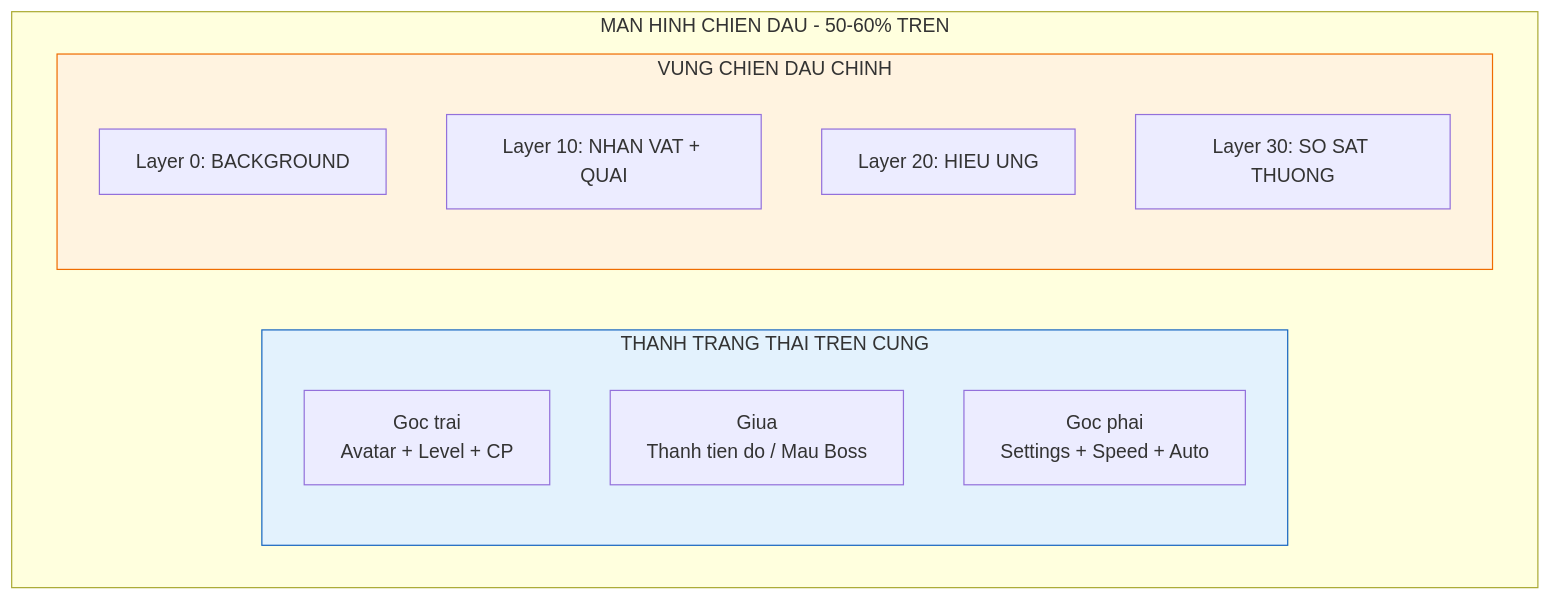
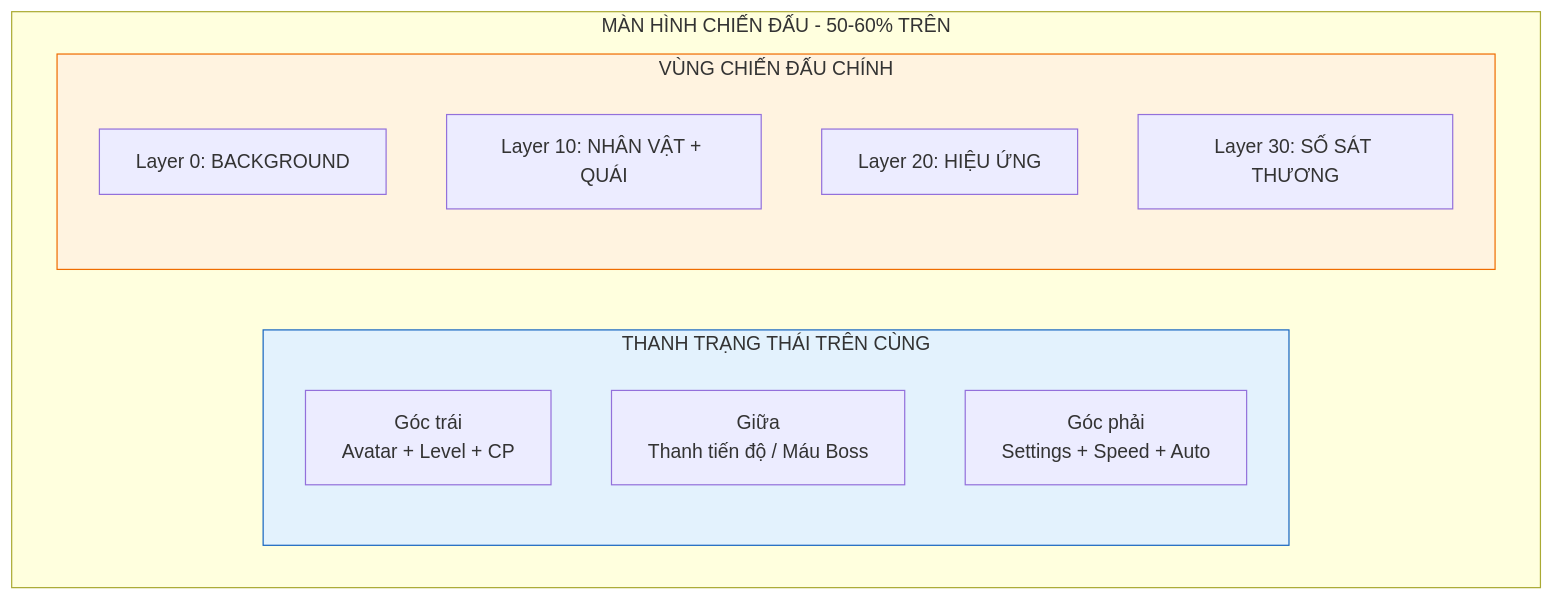
One commit to luantran-working/idlegame-designdocs changed the first of 2 diagrams in docs/chi-tiet-man-hinh-chien-dau.md. Above: the diagram before and after it, drawn with Mermaid. The commit also changed other lines of this file and 16 other files, not shown here.

Commit message:
feat: Introduce extensive game design documentation covering game systems, UI, and roadmap, and enable Mermaid diagram support in Docusaurus.

````diff
--- a/docs/chi-tiet-man-hinh-chien-dau.md
+++ b/docs/chi-tiet-man-hinh-chien-dau.md
@@ -23,20 +23,20 @@
 ```mermaid
 flowchart TB
-    subgraph BattleScreen["MAN HINH CHIEN DAU - 50-60% TREN"]
-        subgraph TopBar["THANH TRANG THAI TREN CUNG"]
-            TL["Goc trai<br/>Avatar + Level + CP"]
-            TC["Giua<br/>Thanh tien do / Mau Boss"]
-            TR["Goc phai<br/>Settings + Speed + Auto"]
+    subgraph BattleScreen["MÀN HÌNH CHIẾN ĐẤU - 50-60% TRÊN"]
+        subgraph TopBar["THANH TRẠNG THÁI TRÊN CÙNG"]
+            TL["Góc trái<br/>Avatar + Level + CP"]
+            TC["Giữa<br/>Thanh tiến độ / Máu Boss"]
+            TR["Góc phải<br/>Settings + Speed + Auto"]
         end
 
-        subgraph BattleArea["VUNG CHIEN DAU CHINH"]
+        subgraph BattleArea["VÙNG CHIẾN ĐẤU CHÍNH"]
             BG["Layer 0: BACKGROUND"]
-            Units["Layer 10: NHAN VAT + QUAI"]
-            VFX["Layer 20: HIEU UNG"]
-            DmgText["Layer 30: SO SAT THUONG"]
+            Units["Layer 10: NHÂN VẬT + QUÁI"]
+            VFX["Layer 20: HIỆU ỨNG"]
+            DmgText["Layer 30: SỐ SÁT THƯƠNG"]
         end
     end
 
     style TopBar fill:#e3f2fd,stroke:#1565c0
     style BattleArea fill:#fff3e0,stroke:#ef6c00
 ```
````
